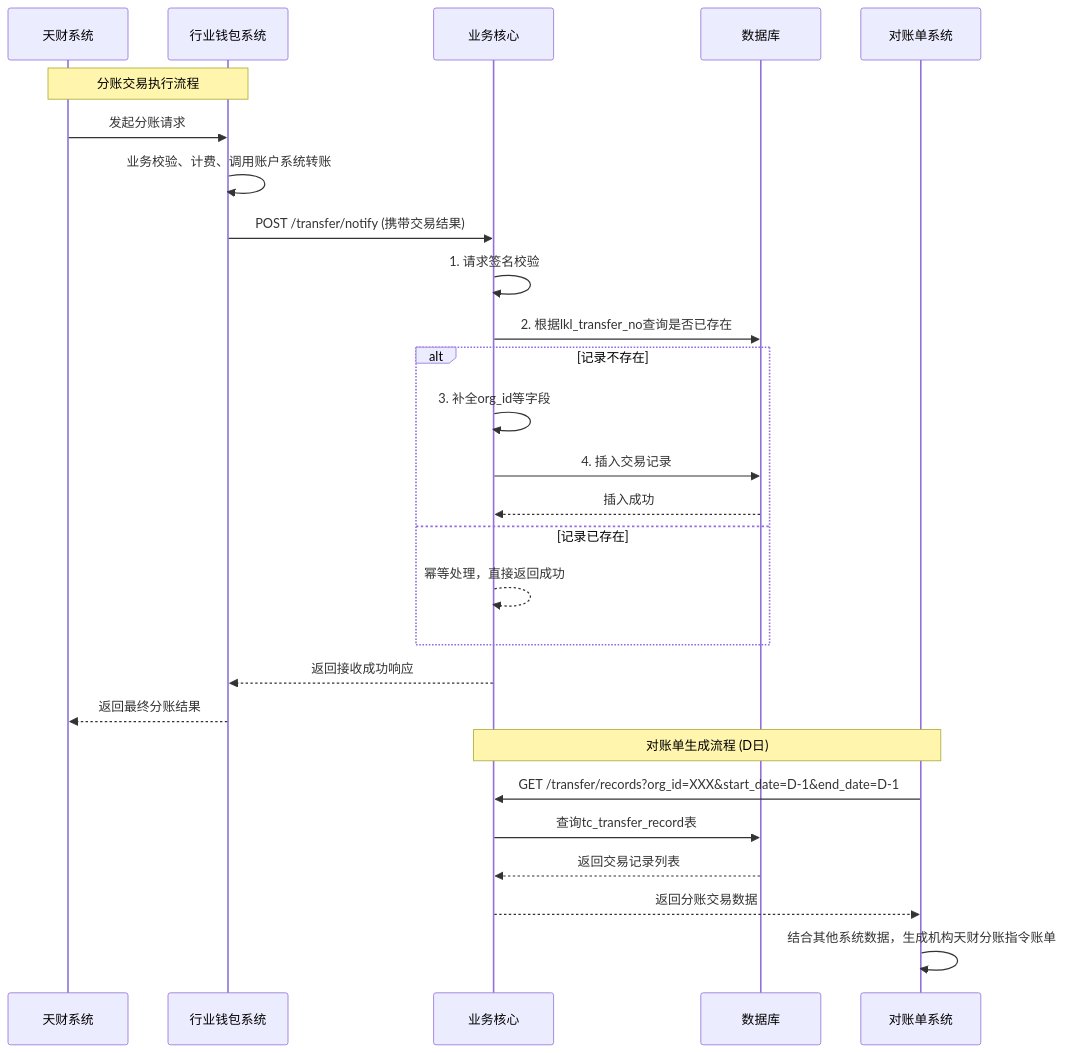
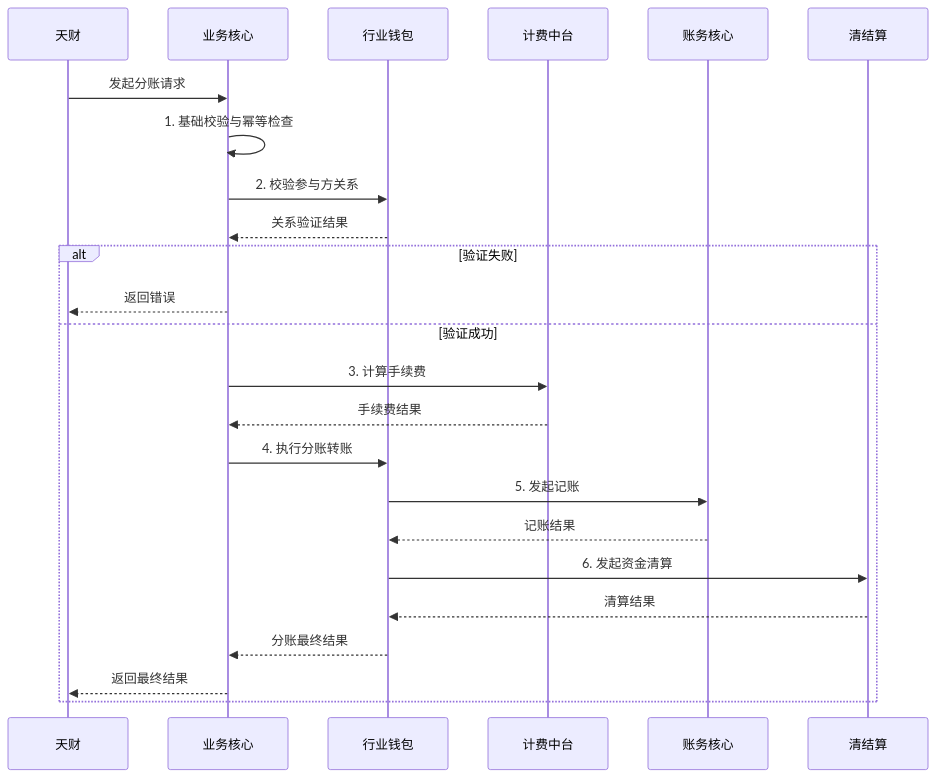
The diagram in data/天财分账需求/deepseek-v3.2/workspace/02_modules/module_业务核心.md (youzi211/AiCoding), drawn with Mermaid before and after one commit. The commit also changed other lines of this file and 92 other files, not shown here.

Commit message:
增加对文档中图片提取的功能，用gpt模型生成文字描述。

````diff
--- a/data/天财分账需求/deepseek-v3.2/workspace/02_modules/module_业务核心.md
+++ b/data/天财分账需求/deepseek-v3.2/workspace/02_modules/module_业务核心.md
@@ -203,31 +48,27 @@
 ```mermaid
 sequenceDiagram
-    participant T as 天财系统
-    participant W as 行业钱包系统
-    participant BC as 业务核心
-    participant DB as 数据库
-    participant BS as 对账单系统
+    participant 天财
+    participant 业务核心
+    participant 行业钱包
+    participant 计费中台
+    participant 账务核心
+    participant 清结算
 
-    Note over T, W: 分账交易执行流程
-    T->>W: 发起分账请求
-    W->>W: 业务校验、计费、调用账户系统转账
-    W->>BC: POST /transfer/notify (携带交易结果)
-    BC->>BC: 1. 请求签名校验
-    BC->>DB: 2. 根据lkl_transfer_no查询是否已存在
-    alt 记录不存在
-        BC->>BC: 3. 补全org_id等字段
-        BC->>DB: 4. 插入交易记录
-        DB-->>BC: 插入成功
-    else 记录已存在
-        BC-->>BC: 幂等处理，直接返回成功
+    天财->>业务核心: 发起分账请求
+    业务核心->>业务核心: 1. 基础校验与幂等检查
+    业务核心->>行业钱包: 2. 校验参与方关系
+    行业钱包-->>业务核心: 关系验证结果
+    alt 验证失败
+        业务核心-->>天财: 返回错误
+    else 验证成功
+        业务核心->>计费中台: 3. 计算手续费
+        计费中台-->>业务核心: 手续费结果
+        业务核心->>行业钱包: 4. 执行分账转账
+        行业钱包->>账务核心: 5. 发起记账
+        账务核心-->>行业钱包: 记账结果
+        行业钱包->>清结算: 6. 发起资金清算
+        清结算-->>行业钱包: 清算结果
+        行业钱包-->>业务核心: 分账最终结果
+        业务核心-->>天财: 返回最终结果
     end
-    BC-->>W: 返回接收成功响应
-    W-->>T: 返回最终分账结果
-
-    Note over BS, BC: 对账单生成流程 (D日)
-    BS->>BC: GET /transfer/records?org_id=XXX&start_date=D-1&end_date=D-1
-    BC->>DB: 查询tc_transfer_record表
-    DB-->>BC: 返回交易记录列表
-    BC-->>BS: 返回分账交易数据
-    BS->>BS: 结合其他系统数据，生成机构天财分账指令账单
 ```
````
